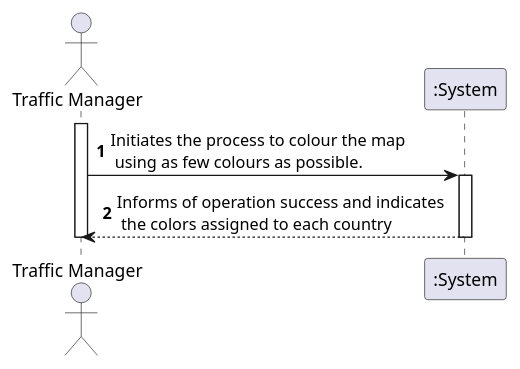
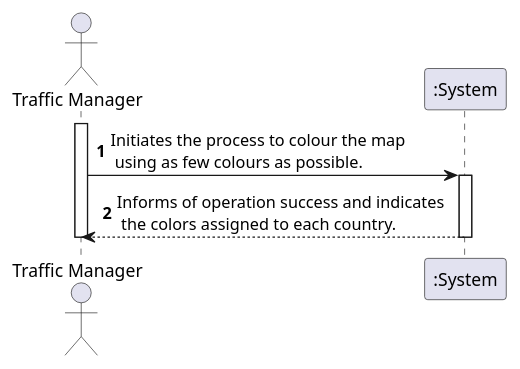
The diagram in docs/US302/US302_SSD.puml (0franciscor/lapr3-2021-g042), drawn with PlantUML before and after one commit. The commit also changed 3 other files, not shown here.

```diff
--- a/docs/US302/US302_SSD.puml
+++ b/docs/US302/US302_SSD.puml
@@ -1,17 +1,17 @@
 @startuml
 'https://plantuml.com/sequence-diagram
 
 autonumber
 actor "Traffic Manager" as TM
 
 
 activate TM
 TM -> ":System" : Initiates the process to colour the map \n using as few colours as possible.
 activate ":System"
 
-":System" --> TM : Informs of operation success and indicates\n the colors assigned to each country
+":System" --> TM : Informs of operation success and indicates\n the colors assigned to each country.
 deactivate ":System"
 
 deactivate TM
 
 @enduml
```
